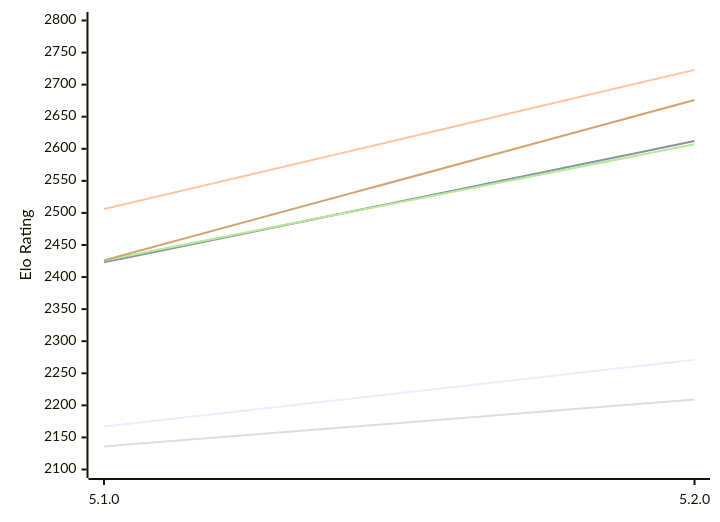
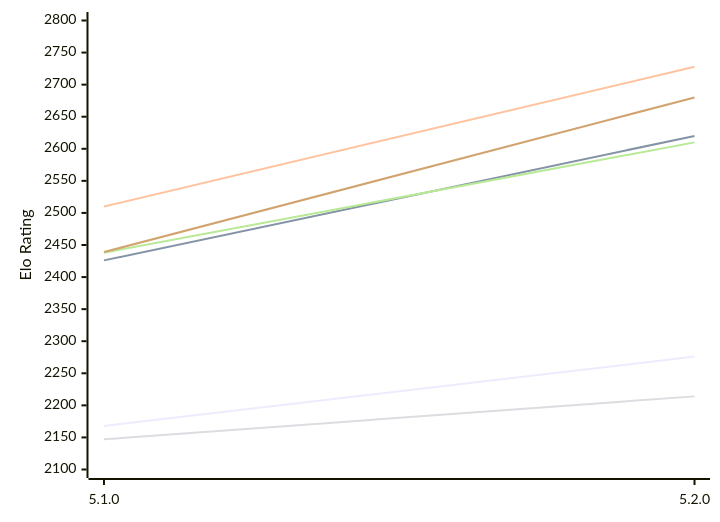
One commit to computer-chess-index/cci changed the first of 2 diagrams in engines/Aconcagua.md. Above: the diagram before and after it, drawn with Mermaid. The commit also changed other lines of this file, not shown here.

Commit message:
Update CCI Ratings (ELO VLTC) - 2026-11-20

````diff
--- a/engines/Aconcagua.md
+++ b/engines/Aconcagua.md
@@ -53,12 +53,12 @@
 ```mermaid
 %%{init: {"theme":"base","themeVariables":{"seriesColors:['#a3a3a3','#222221','#faa371']}}}%%
 xychart-beta
   x-axis ["5.1.0", "5.2.0"]
   y-axis "Elo Rating" 2100 --> 2800
-  line "E1: STC (8.0+0.08s)" [2167, 2271]
-  line "E1: LTC (60.0+0.60s)" [2423, 2612]
-  line "E1: VLTC (2m24s+1.12s)" [2506, 2723]
-  line "P1: STC (8.0+0.08s)" [2136, 2209]
-  line "P1: LTC (60.0+0.60s)" [2426, 2607]
-  line "P1: VLTC (2m24s+1.12s)" [2426, 2676]
+  line "E1: STC (8.0+0.08s)" [2168, 2276]
+  line "E1: LTC (60.0+0.60s)" [2426, 2620]
+  line "E1: VLTC (2m24s+1.12s)" [2510, 2728]
+  line "P1: STC (8.0+0.08s)" [2147, 2214]
+  line "P1: LTC (60.0+0.60s)" [2438, 2610]
+  line "P1: VLTC (2m24s+1.12s)" [2439, 2680]
 ```
````
